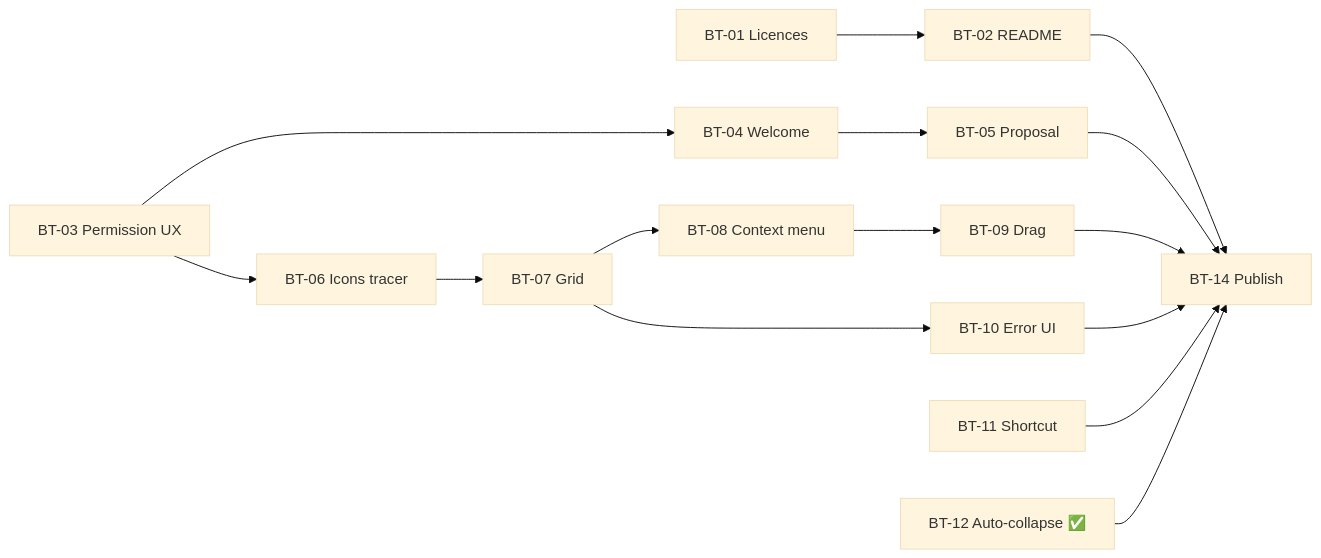
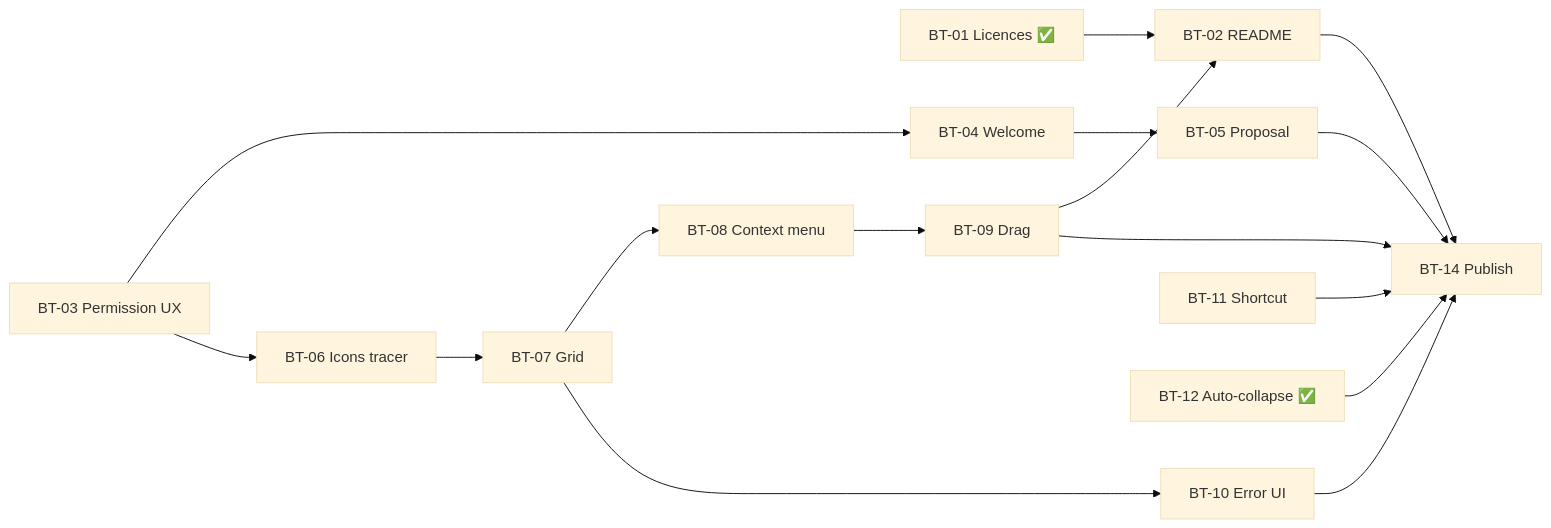
The diagram in docs/BOARD.md (Kodak2383/BarT), drawn with Mermaid (base theme) before and after one commit. The commit also changed other lines of this file and 10 other files, not shown here.

````diff
--- a/docs/BOARD.md
+++ b/docs/BOARD.md
@@ -53,19 +49,20 @@
 ```mermaid
 graph LR
-  BT01[BT-01 Licences] --> BT02[BT-02 README]
+  BT01[BT-01 Licences ✅] --> BT02[BT-02 README]
+  BT09 --> BT02
   BT03[BT-03 Permission UX] --> BT04[BT-04 Welcome]
   BT04 --> BT05[BT-05 Proposal]
   BT03 --> BT06[BT-06 Icons tracer]
   BT06 --> BT07[BT-07 Grid]
   BT07 --> BT08[BT-08 Context menu]
   BT08 --> BT09[BT-09 Drag]
   BT07 --> BT10[BT-10 Error UI]
   BT11[BT-11 Shortcut]
   BT12[BT-12 Auto-collapse ✅]
   BT02 --> BT14[BT-14 Publish]
   BT05 --> BT14
   BT09 --> BT14
   BT10 --> BT14
   BT11 --> BT14
   BT12 --> BT14
 ```
````
